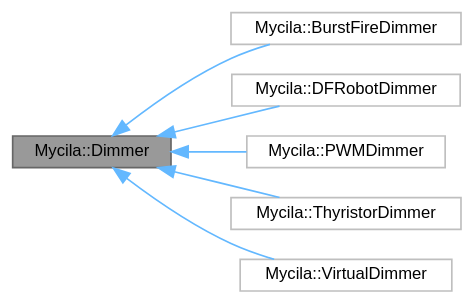
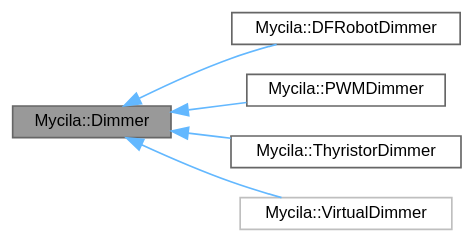
The diagram in docs/api/class_mycila_1_1_dimmer__inherit__graph.dot (mathieucarbou/MycilaDimmer), drawn with Graphviz before and after one commit. The commit also changed 54 other files, not shown here.

```diff
--- a/docs/api/class_mycila_1_1_dimmer__inherit__graph.dot
+++ b/docs/api/class_mycila_1_1_dimmer__inherit__graph.dot
@@ -1,19 +1,17 @@
 digraph "Mycila::Dimmer"
 {
  // LATEX_PDF_SIZE
   bgcolor="transparent";
   edge [fontname=Helvetica,fontsize=10,labelfontname=Helvetica,labelfontsize=10];
   node [fontname=Helvetica,fontsize=10,shape=box,height=0.2,width=0.4];
   rankdir="LR";
   Node1 [id="Node000001",label="Mycila::Dimmer",height=0.2,width=0.4,color="gray40", fillcolor="grey60", style="filled", fontcolor="black",tooltip=" "];
   Node1 -> Node2 [id="edge1_Node000001_Node000002",dir="back",color="steelblue1",style="solid",tooltip=" "];
-  Node2 [id="Node000002",label="Mycila::BurstFireDimmer",height=0.2,width=0.4,color="grey75", fillcolor="white", style="filled",URL="$class_mycila_1_1_burst_fire_dimmer.html",tooltip=" "];
+  Node2 [id="Node000002",label="Mycila::DFRobotDimmer",height=0.2,width=0.4,color="gray40", fillcolor="white", style="filled",URL="$class_mycila_1_1_d_f_robot_dimmer.html",tooltip="DFRobot DFR1071/DFR1073/DFR0971 I2C controlled 0-10V/0-5V dimmer implementation for voltage regulator..."];
   Node1 -> Node3 [id="edge2_Node000001_Node000003",dir="back",color="steelblue1",style="solid",tooltip=" "];
-  Node3 [id="Node000003",label="Mycila::DFRobotDimmer",height=0.2,width=0.4,color="grey75", fillcolor="white", style="filled",URL="$class_mycila_1_1_d_f_robot_dimmer.html",tooltip=" "];
+  Node3 [id="Node000003",label="Mycila::PWMDimmer",height=0.2,width=0.4,color="gray40", fillcolor="white", style="filled",URL="$class_mycila_1_1_p_w_m_dimmer.html",tooltip="PWM based dimmer implementation for voltage regulators controlled by a PWM signal to 0-10V analog con..."];
   Node1 -> Node4 [id="edge3_Node000001_Node000004",dir="back",color="steelblue1",style="solid",tooltip=" "];
-  Node4 [id="Node000004",label="Mycila::PWMDimmer",height=0.2,width=0.4,color="grey75", fillcolor="white", style="filled",URL="$class_mycila_1_1_p_w_m_dimmer.html",tooltip=" "];
+  Node4 [id="Node000004",label="Mycila::ThyristorDimmer",height=0.2,width=0.4,color="gray40", fillcolor="white", style="filled",URL="$class_mycila_1_1_thyristor_dimmer.html",tooltip="Thyristor (TRIAC) based dimmer implementation for TRIAC and Random SSR dimmers."];
   Node1 -> Node5 [id="edge4_Node000001_Node000005",dir="back",color="steelblue1",style="solid",tooltip=" "];
-  Node5 [id="Node000005",label="Mycila::ThyristorDimmer",height=0.2,width=0.4,color="grey75", fillcolor="white", style="filled",URL="$class_mycila_1_1_thyristor_dimmer.html",tooltip=" "];
-  Node1 -> Node6 [id="edge5_Node000001_Node000006",dir="back",color="steelblue1",style="solid",tooltip=" "];
-  Node6 [id="Node000006",label="Mycila::VirtualDimmer",height=0.2,width=0.4,color="grey75", fillcolor="white", style="filled",URL="$class_mycila_1_1_virtual_dimmer.html",tooltip=" "];
+  Node5 [id="Node000005",label="Mycila::VirtualDimmer",height=0.2,width=0.4,color="grey75", fillcolor="white", style="filled",URL="$class_mycila_1_1_virtual_dimmer.html",tooltip=" "];
 }
```
